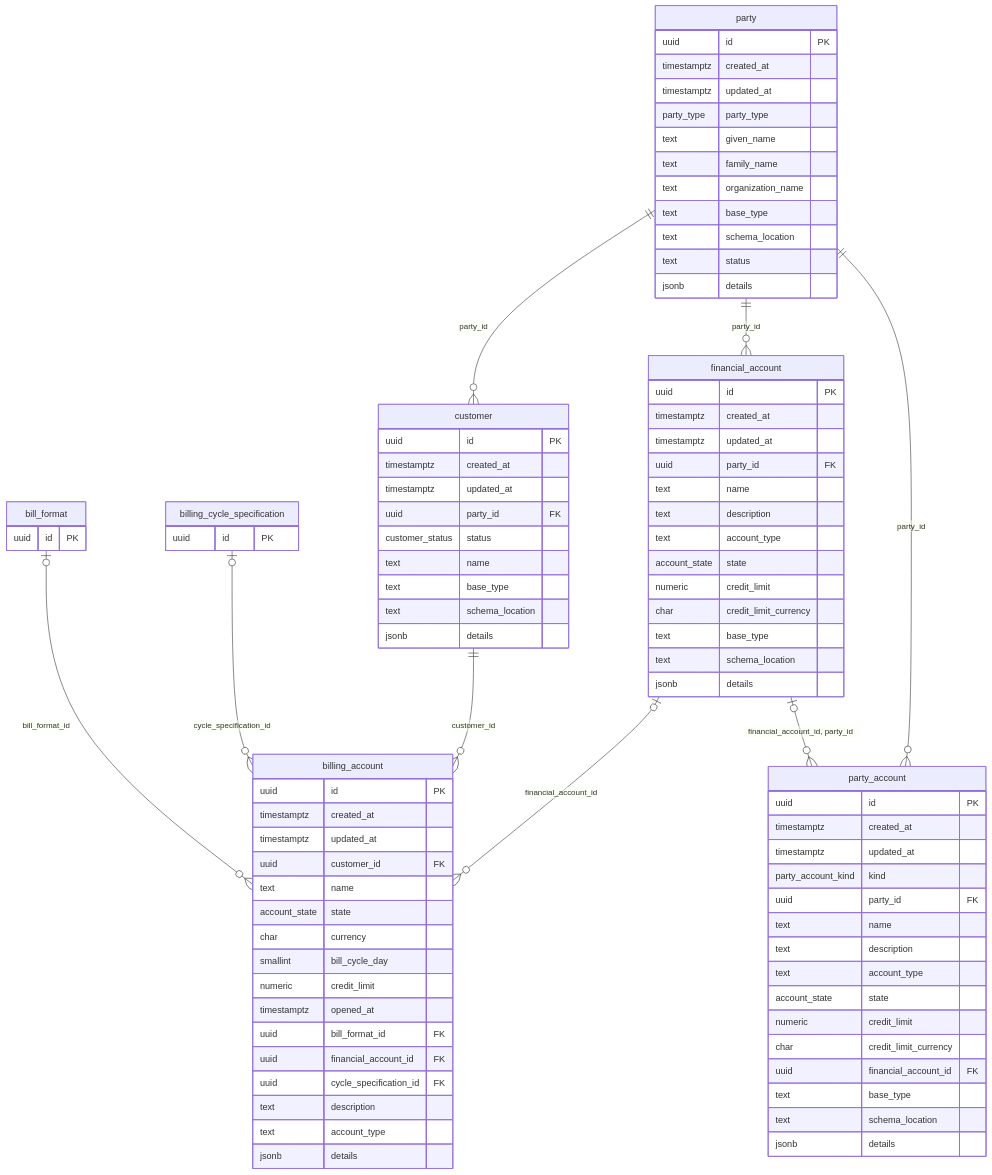
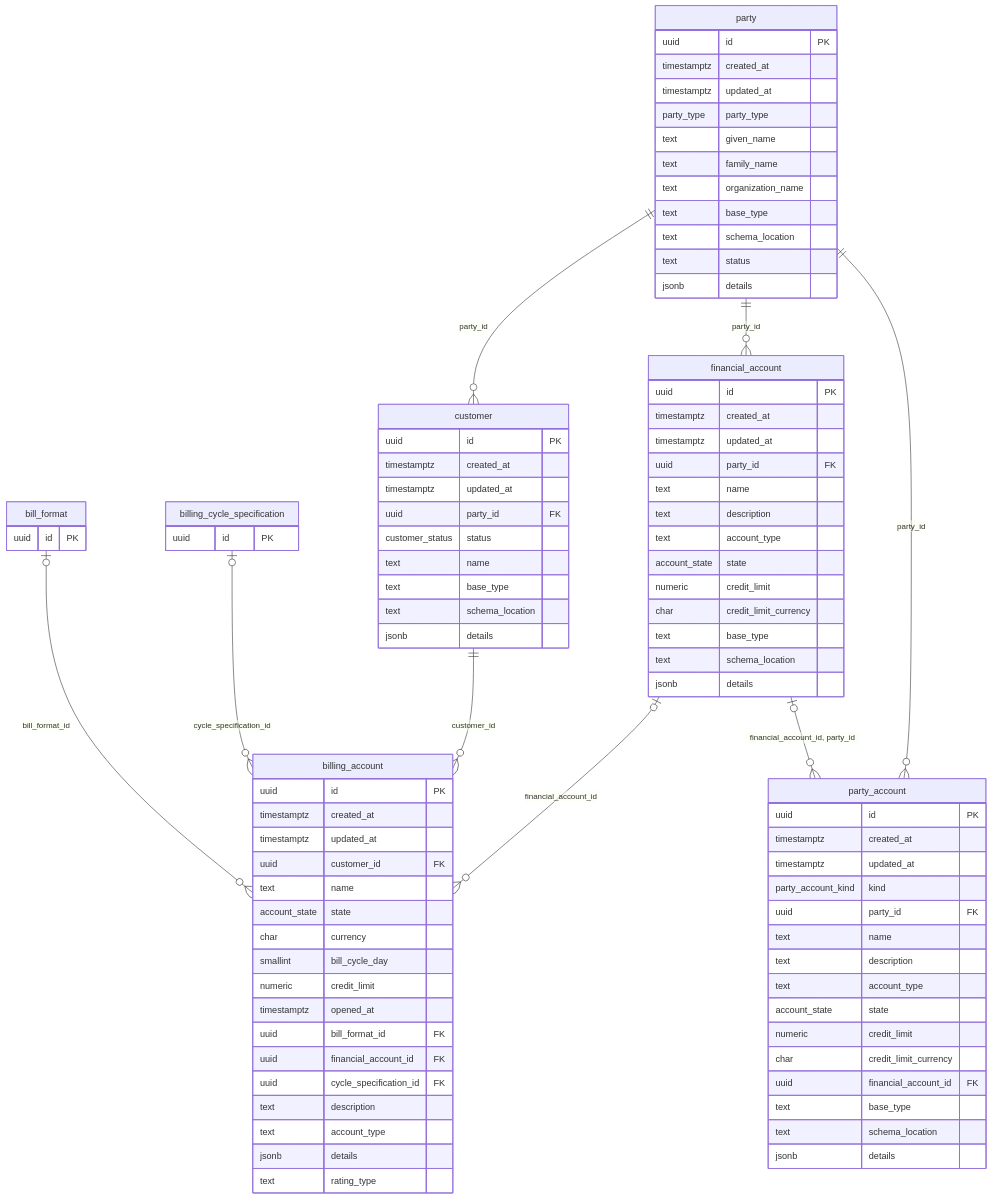
The second of 9 diagrams in docs/db/README.md (altharmz/bss), drawn with Mermaid before and after one commit. The commit also changed other lines of this file and 12 other files, not shown here.

```diff
--- a/docs/db/README.md
+++ b/docs/db/README.md
@@ -231,6 +234,7 @@
     text description
     text account_type
     jsonb details
+    text rating_type
   }
   financial_account {
     uuid id PK
```
